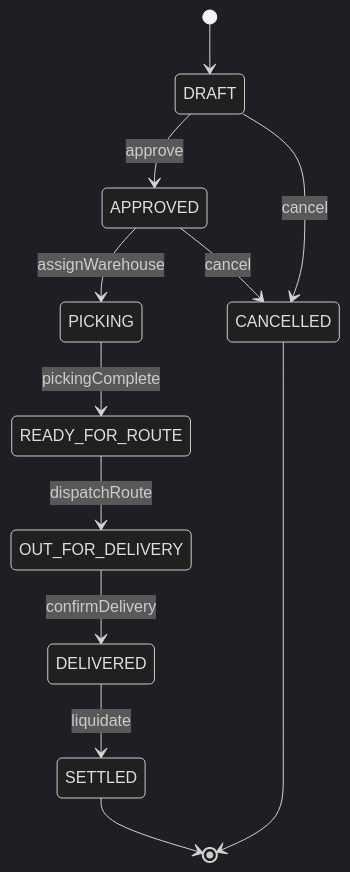
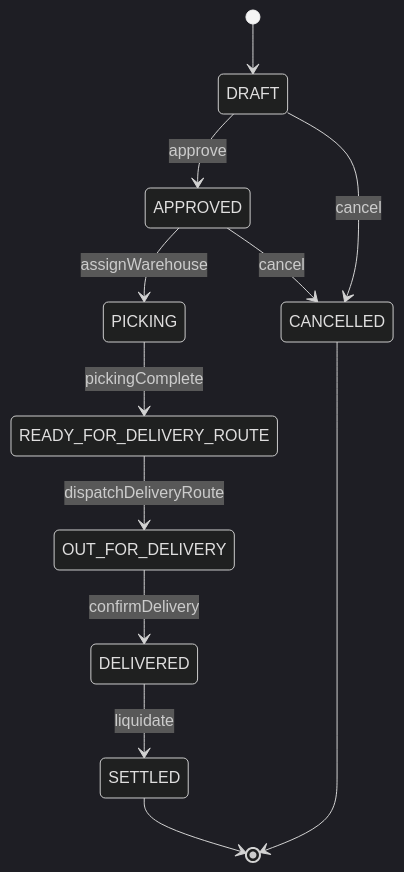
The diagram in docs/states/order.md (kevin-esq/binexus-platform), drawn with Mermaid (dark theme) before and after one commit. The commit also changed other lines of this file and 45 other files, not shown here.

Commit message:
feat(warehouse): add picking base and lock delivery route naming (#27)

````diff
--- a/docs/states/order.md
+++ b/docs/states/order.md
@@ -5,14 +5,14 @@
 ```mermaid
 stateDiagram-v2
     [*] --> DRAFT
     DRAFT --> APPROVED: approve
     DRAFT --> CANCELLED: cancel
     APPROVED --> PICKING: assignWarehouse
     APPROVED --> CANCELLED: cancel
-    PICKING --> READY_FOR_ROUTE: pickingComplete
-    READY_FOR_ROUTE --> OUT_FOR_DELIVERY: dispatchRoute
+    PICKING --> READY_FOR_DELIVERY_ROUTE: pickingComplete
+    READY_FOR_DELIVERY_ROUTE --> OUT_FOR_DELIVERY: dispatchDeliveryRoute
     OUT_FOR_DELIVERY --> DELIVERED: confirmDelivery
     DELIVERED --> SETTLED: liquidate
     SETTLED --> [*]
     CANCELLED --> [*]
 ```
````
